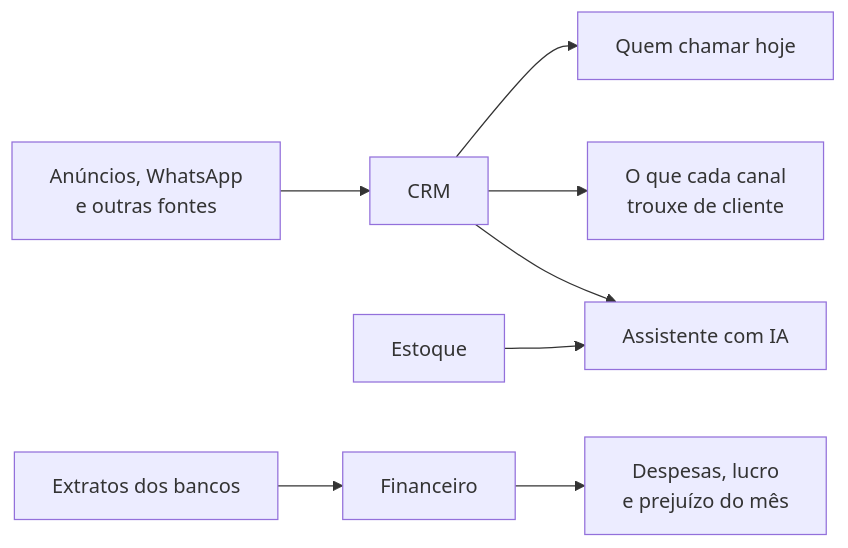
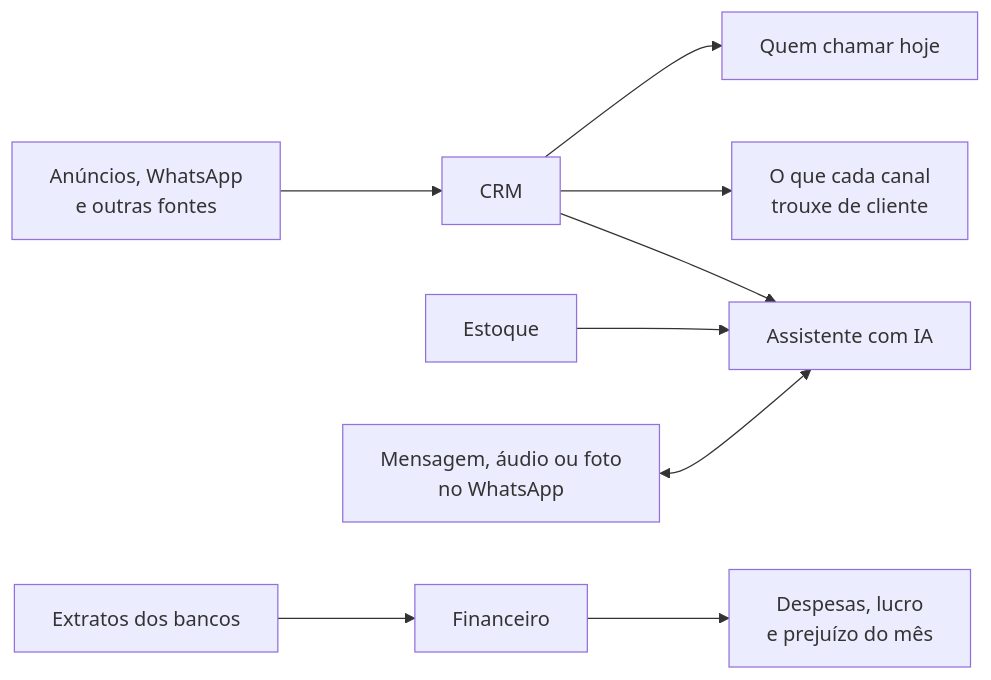
Before and after one commit to Vitor-Brosque/rodoviariaos-showcase: the diagram in README.md, drawn with Mermaid. The commit also changed other lines of this file, not shown here.

Commit message:
Conta que o assistente também atende pelo WhatsApp

````diff
--- a/README.md
+++ b/README.md
@@ -48,10 +50,11 @@
 ```mermaid
 flowchart LR
     FONTES["Anúncios, WhatsApp<br>e outras fontes"] --> CRM["CRM"]
     CRM --> LISTA["Quem chamar hoje"]
     CRM --> CANAIS["O que cada canal<br>trouxe de cliente"]
     EXTRATOS["Extratos dos bancos"] --> FIN["Financeiro"]
     FIN --> MES["Despesas, lucro<br>e prejuízo do mês"]
     CRM --> IA["Assistente com IA"]
     ESTOQUE["Estoque"] --> IA
+    ZAP["Mensagem, áudio ou foto<br>no WhatsApp"] <--> IA
 ```
````
